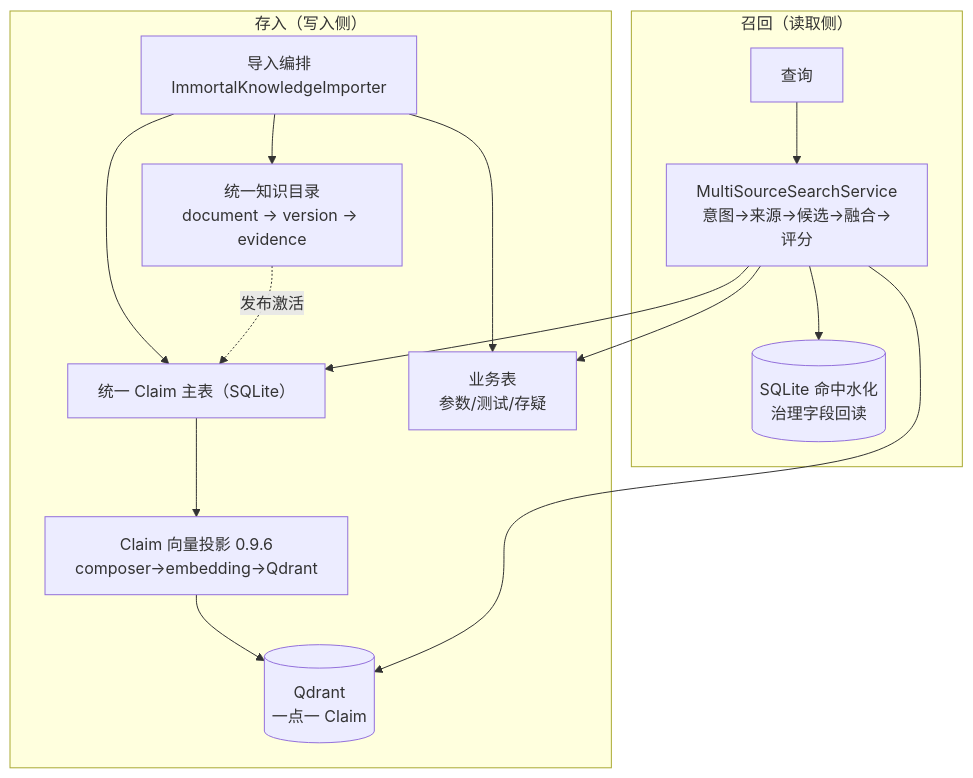
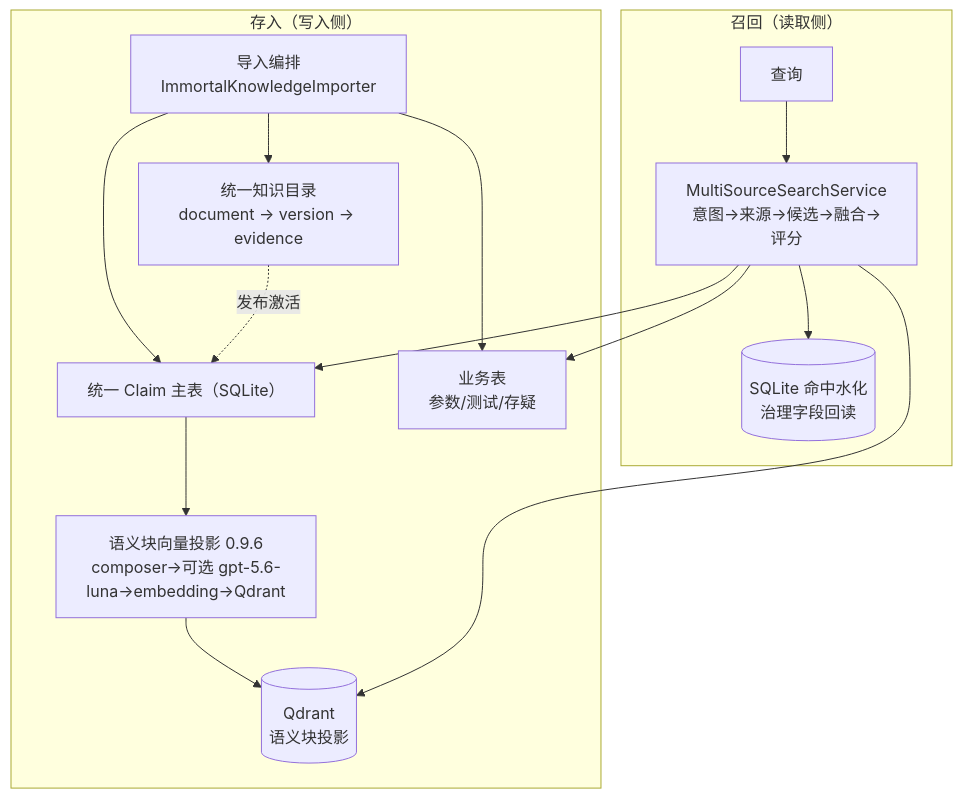
Before and after one commit to qiushui0901/NEXUS: the first of 10 diagrams in docs/claim-vector-and-multisource-implementation.md, drawn with Mermaid. The commit also changed other lines of this file and 58 other files, not shown here.

````diff
--- a/docs/claim-vector-and-multisource-implementation.md
+++ b/docs/claim-vector-and-multisource-implementation.md
@@ -13,20 +13,20 @@
 ```mermaid
 flowchart TB
     subgraph 存入翼["存入（写入侧）"]
         A[导入编排<br/>ImmortalKnowledgeImporter] --> B[统一知识目录<br/>document → version → evidence]
         A --> C[统一 Claim 主表（SQLite）]
         A --> D[业务表<br/>参数/测试/存疑]
-        C --> E[Claim 向量投影 0.9.6<br/>composer→embedding→Qdrant]
-        E --> F[(Qdrant<br/>一点一 Claim)]
+        C --> E[语义块向量投影 0.9.6<br/>composer→可选 gpt-5.6-luna→embedding→Qdrant]
+        E --> F[(Qdrant<br/>语义块投影)]
     end
 
     subgraph 召回翼["召回（读取侧）"]
         G[查询] --> H[MultiSourceSearchService<br/>意图→来源→候选→融合→评分]
         H --> D
         H --> C
         H --> F
         H --> I[(SQLite 命中水化<br/>治理字段回读)]
     end
 
     B -.发布激活.-> C
 ```
````
